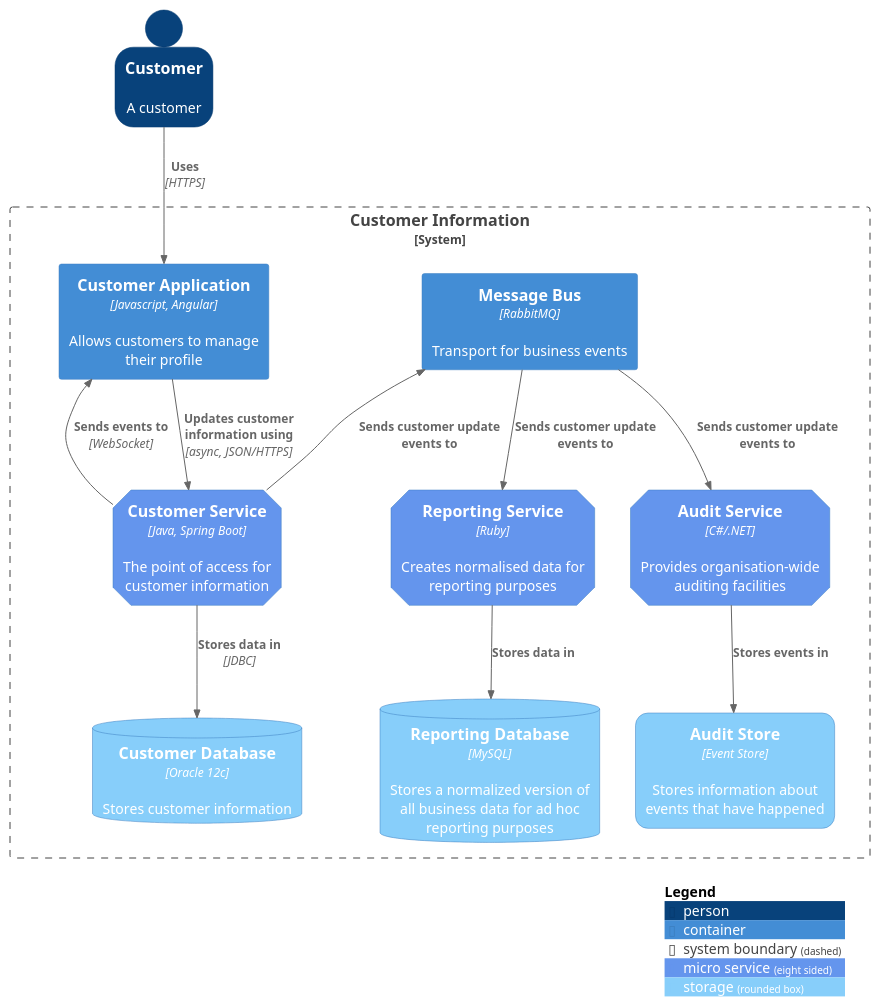
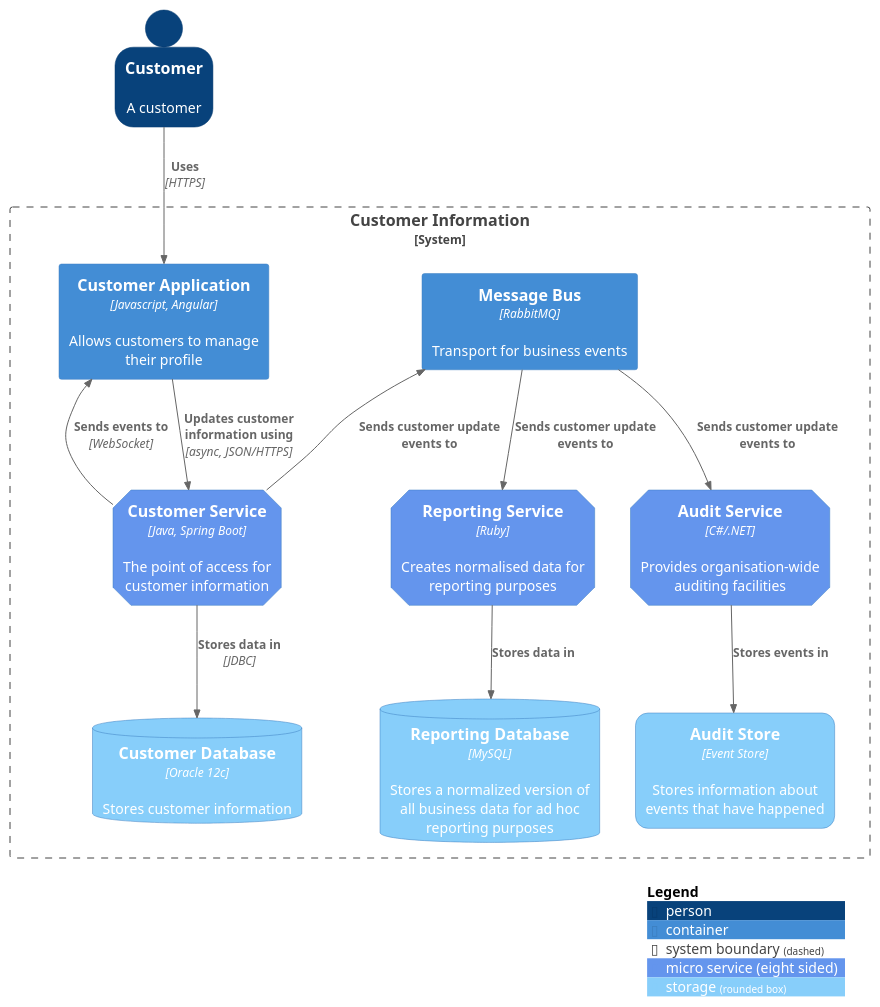
The diagram in samples/C4_Container Diagram Sample - message bus.puml (plantuml-stdlib/C4-PlantUML), drawn with PlantUML before and after one commit. The commit also changed 5 other files, not shown here.

Commit message:
#222 PlantUML stereotypes support no spaces anymore, remove spaces in $tags too (and set $legendText with space)

```diff
--- a/samples/C4_Container Diagram Sample - message bus.puml
+++ b/samples/C4_Container Diagram Sample - message bus.puml
@@ -1,41 +1,41 @@
 @startuml "messagebus"
 !include https://raw.githubusercontent.com/plantuml-stdlib/C4-PlantUML/master/C4_Container.puml
 ' uncomment the following line and comment the first to use locally
 ' !include C4_Container.puml
 
-AddElementTag("micro service", $shape=EightSidedShape(), $bgColor="CornflowerBlue", $fontColor="white")
+AddElementTag("microService", $shape=EightSidedShape(), $bgColor="CornflowerBlue", $fontColor="white", $legendText="micro service (eight sided)")
 AddElementTag("storage", $shape=RoundedBoxShape(), $bgColor="lightSkyBlue", $fontColor="white")
 
 SHOW_PERSON_OUTLINE()
 
 Person(customer, Customer, "A customer")
 
 System_Boundary(c1, "Customer Information") {
     Container(app, "Customer Application", "Javascript, Angular", "Allows customers to manage their profile")
-    Container(customer_service, "Customer Service", "Java, Spring Boot", "The point of access for customer information", $tags = "micro service")
+    Container(customer_service, "Customer Service", "Java, Spring Boot", "The point of access for customer information", $tags = "microService")
     Container(message_bus, "Message Bus", "RabbitMQ", "Transport for business events")
-    Container(reporting_service, "Reporting Service", "Ruby", "Creates normalised data for reporting purposes", $tags = "micro service")
-    Container(audit_service, "Audit Service", "C#/.NET", "Provides organisation-wide auditing facilities", $tags = "micro service")
+    Container(reporting_service, "Reporting Service", "Ruby", "Creates normalised data for reporting purposes", $tags = "microService")
+    Container(audit_service, "Audit Service", "C#/.NET", "Provides organisation-wide auditing facilities", $tags = "microService")
     ContainerDb(customer_db, "Customer Database", "Oracle 12c", "Stores customer information", $tags = "storage")
     ContainerDb(reporting_db, "Reporting Database", "MySQL", "Stores a normalized version of all business data for ad hoc reporting purposes", $tags = "storage")
     Container(audit_store, "Audit Store", "Event Store", "Stores information about events that have happened", $tags = "storage")
 }
 
 Rel_D(customer, app, "Uses", "HTTPS")
 
 Rel_D(app, customer_service, "Updates customer information using", "async, JSON/HTTPS")
 
 Rel_U(customer_service, app, "Sends events to", "WebSocket")
 Rel_U(customer_service, message_bus, "Sends customer update events to")
 Rel(customer_service, customer_db, "Stores data in", "JDBC")
 
 Rel(message_bus, reporting_service, "Sends customer update events to")
 Rel(message_bus, audit_service, "Sends customer update events to")
 
 Rel(reporting_service, reporting_db, "Stores data in")
 Rel(audit_service, audit_store, "Stores events in")
 
 Lay_R(reporting_service, audit_service)
 
 SHOW_LEGEND()
 @enduml
```
